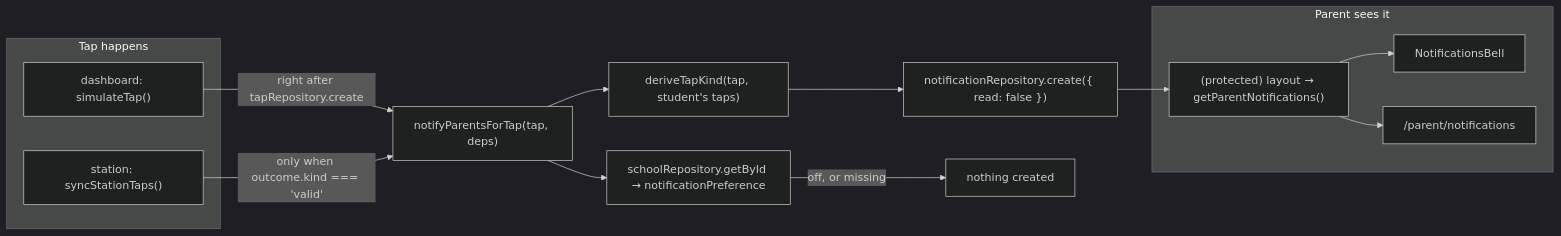
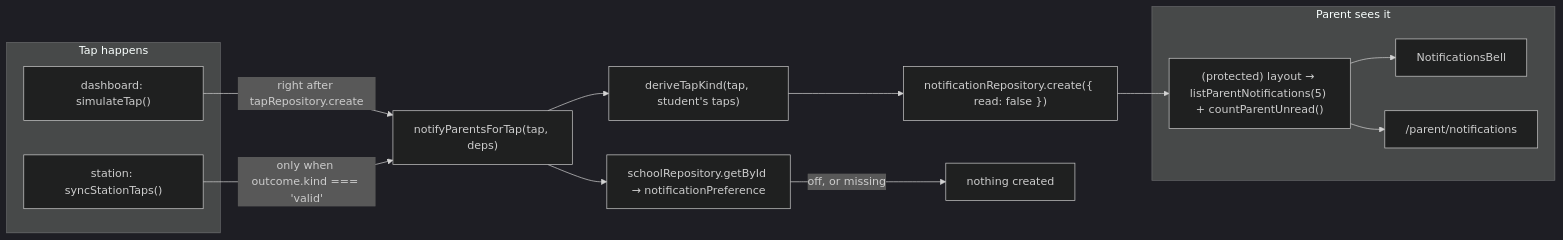
Before and after one commit to psmacabulos/talaan: the diagram in docs/NOTIFICATIONS.md, drawn with Mermaid (dark theme). The commit also changed other lines of this file and 33 other files, not shown here.

````diff
--- a/docs/NOTIFICATIONS.md
+++ b/docs/NOTIFICATIONS.md
@@ -37,26 +37,26 @@
 ```mermaid
 flowchart LR
     subgraph "Tap happens"
       Sim["dashboard: simulateTap()"]
       Station["station: syncStationTaps()"]
     end
     Fan["notifyParentsForTap(tap, deps)"]
     School["schoolRepository.getById → notificationPreference"]
     Kind["deriveTapKind(tap, student's taps)"]
     Create["notificationRepository.create({ read: false })"]
     subgraph "Parent sees it"
-      Layout["(protected) layout → getParentNotifications()"]
+      Layout["(protected) layout → listParentNotifications(5) + countParentUnread()"]
       Bell["NotificationsBell"]
       Page["/parent/notifications"]
     end
 
     Sim -->|"right after tapRepository.create"| Fan
     Station -->|"only when outcome.kind === 'valid'"| Fan
     Fan --> School
     School -->|off, or missing| Drop["nothing created"]
     Fan --> Kind
     Kind --> Create
     Create --> Layout
     Layout --> Bell
     Layout --> Page
 ```
````
